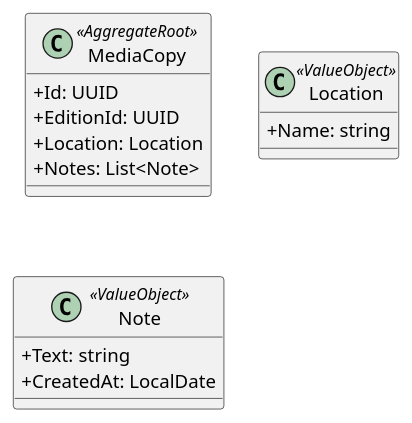
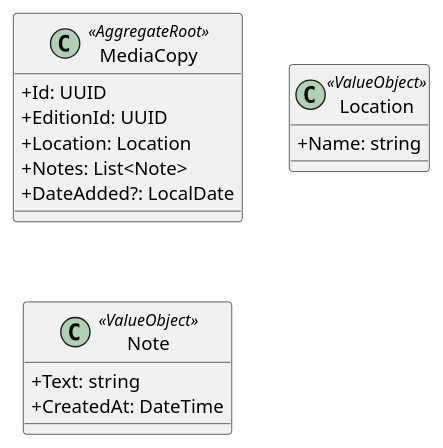
One commit to yantue/colleq changed the diagram in docs/uml/domain/domain-media-copy.puml. Above: the diagram before and after it, drawn with PlantUML. The commit also changed 2 other files, not shown here.

```diff
--- a/docs/uml/domain/domain-media-copy.puml
+++ b/docs/uml/domain/domain-media-copy.puml
@@ -1,20 +1,21 @@
 @startuml
 skinparam classAttributeIconSize 0
 
 class MediaCopy <<AggregateRoot>> {
     +Id: UUID
     +EditionId: UUID
     +Location: Location
     +Notes: List<Note>
+    +DateAdded?: LocalDate
 }
 
 class Location <<ValueObject>> {
     +Name: string
 }
 
 class Note <<ValueObject>> {
     +Text: string
-    +CreatedAt: LocalDate
+    +CreatedAt: DateTime
 }
 
 @enduml
```
